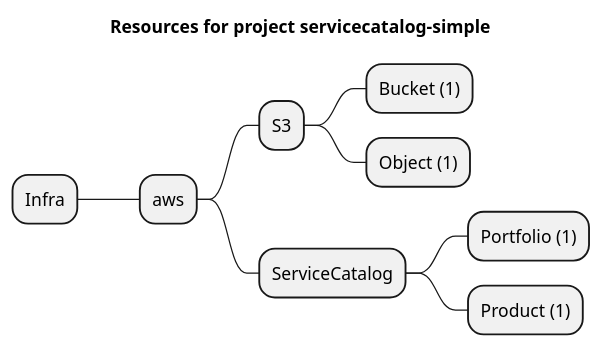
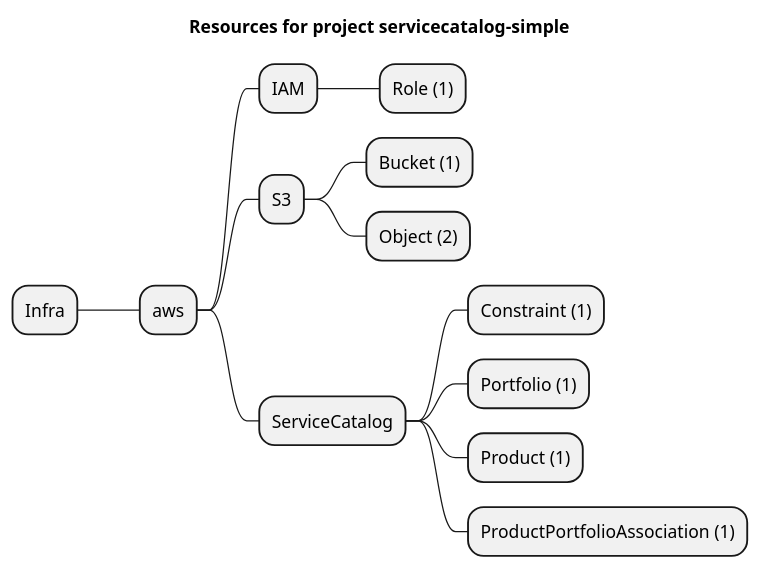
The diagram in examples/aws/ServiceCatalog/servicecatalog-simple/artifacts/resources-mindmap.puml (grucloud/grucloud), drawn with PlantUML before and after one commit. The commit also changed 9 other files, not shown here.

```diff
--- a/examples/aws/ServiceCatalog/servicecatalog-simple/artifacts/resources-mindmap.puml
+++ b/examples/aws/ServiceCatalog/servicecatalog-simple/artifacts/resources-mindmap.puml
@@ -1,12 +1,16 @@
 @startmindmap
 title Resources for project servicecatalog-simple
 skinparam monochrome true
 + Infra
 ++ aws
++++ IAM
+++++ Role (1)
 +++ S3
 ++++ Bucket (1)
-++++ Object (1)
+++++ Object (2)
 +++ ServiceCatalog
+++++ Constraint (1)
 ++++ Portfolio (1)
 ++++ Product (1)
+++++ ProductPortfolioAssociation (1)
 @endmindmap
```
